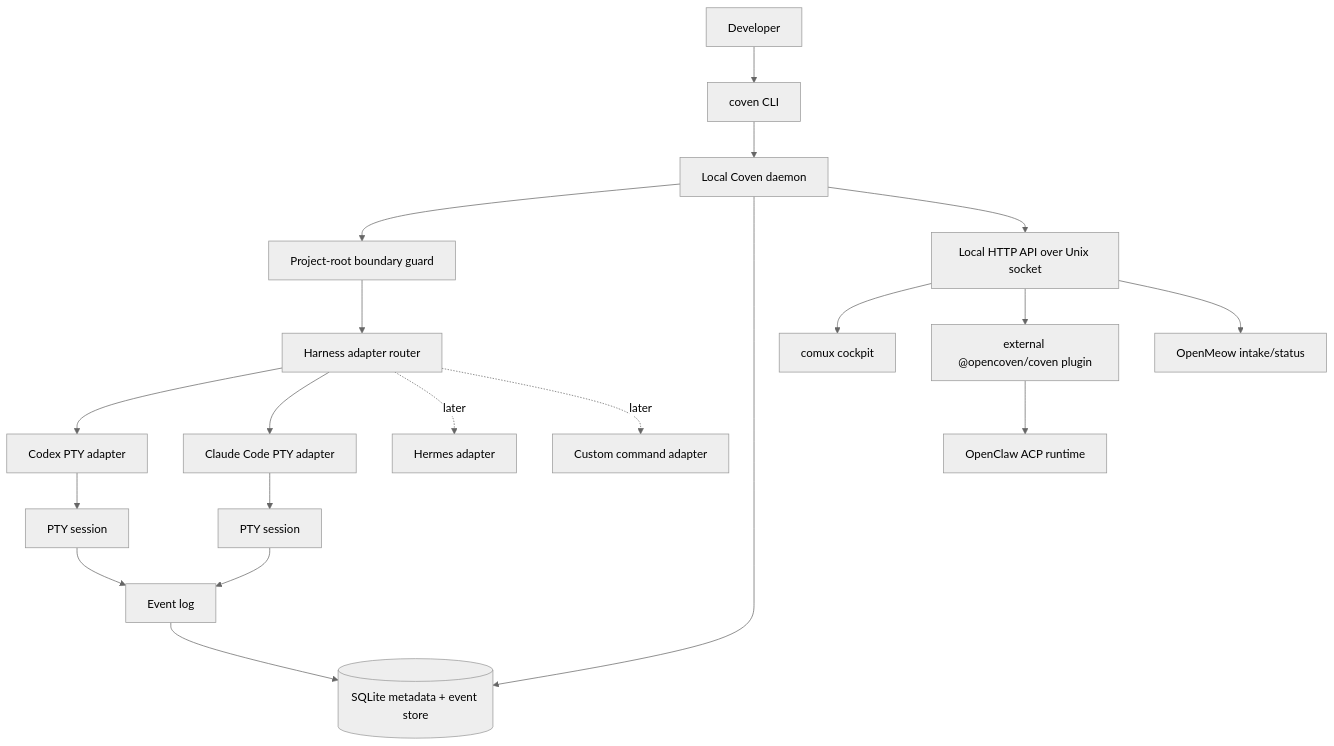
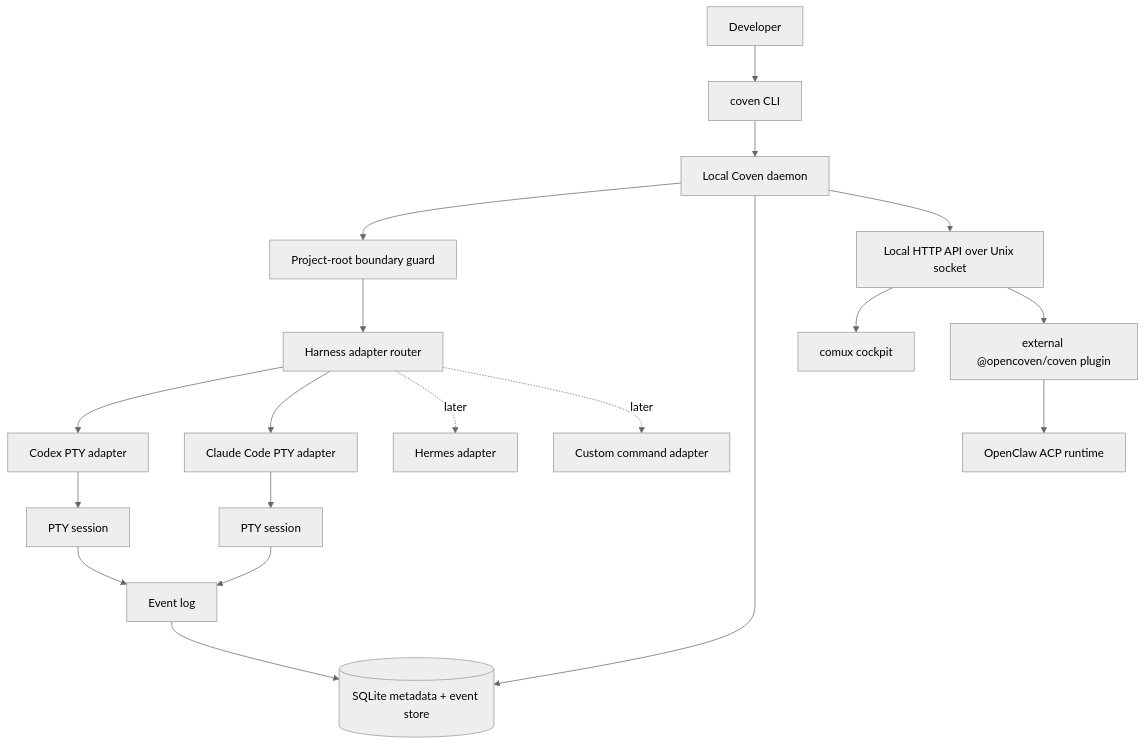
Before and after one commit to OpenCoven/coven: the first of 6 diagrams in docs/MVP-PLAN.md, drawn with Mermaid (neutral theme). The commit also changed other lines of this file and 48 other files, not shown here.

First line of the commit message:
chore: scrub stray OpenMeow references (#256)

````diff
--- a/docs/MVP-PLAN.md
+++ b/docs/MVP-PLAN.md
@@ -165,22 +165,21 @@
 ```mermaid
 flowchart TD
   User[Developer] --> CLI[coven CLI]
   CLI --> Daemon[Local Coven daemon]
   Daemon --> Boundary[Project-root boundary guard]
   Boundary --> AdapterRouter[Harness adapter router]
   AdapterRouter --> Codex[Codex PTY adapter]
   AdapterRouter --> Claude[Claude Code PTY adapter]
   AdapterRouter -. later .-> Hermes[Hermes adapter]
   AdapterRouter -. later .-> Custom[Custom command adapter]
   Codex --> Pty1[PTY session]
   Claude --> Pty2[PTY session]
   Pty1 --> Events[Event log]
   Pty2 --> Events
   Daemon --> Store[(SQLite metadata + event store)]
   Events --> Store
   Daemon --> API[Local HTTP API over Unix socket]
   API --> Comux[comux cockpit]
   API --> OpenClawPlugin[external @opencoven/coven plugin]
   OpenClawPlugin --> OpenClaw[OpenClaw ACP runtime]
-  API --> OpenMeow[OpenMeow intake/status]
 ```
````
